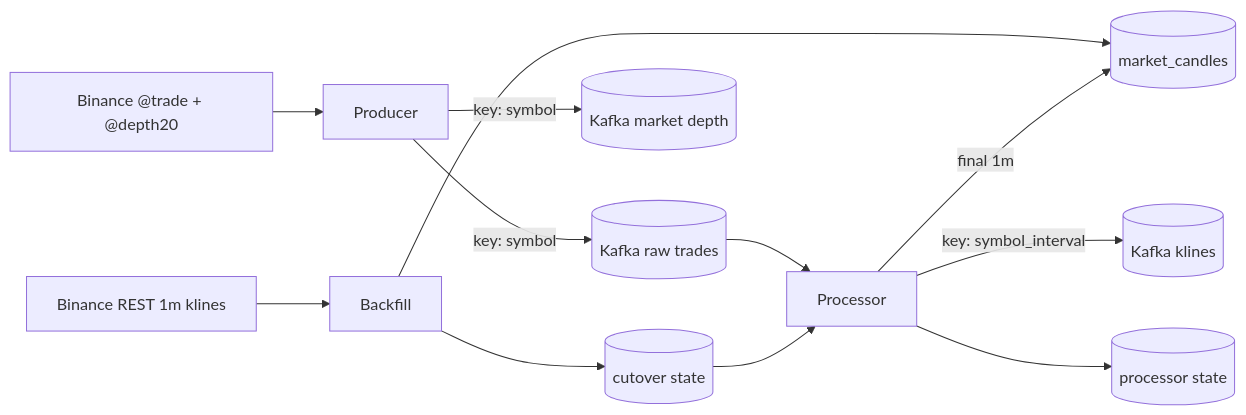
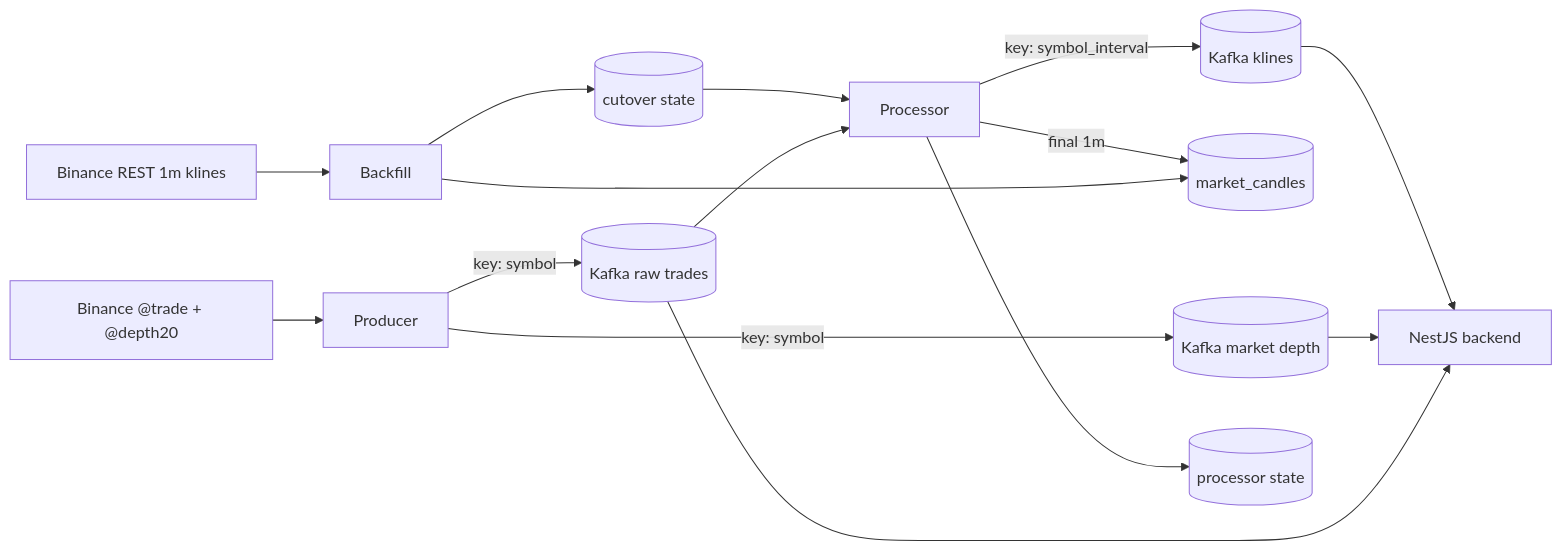
The diagram in data_pipeline/README.md (Zane-Theodore/NexTick), drawn with Mermaid before and after one commit. The commit also changed other lines of this file and 3 other files, not shown here.

````diff
--- a/data_pipeline/README.md
+++ b/data_pipeline/README.md
@@ -36,14 +37,17 @@
 ```mermaid
 flowchart LR
   BinanceWS["Binance @trade + @depth20"] --> Producer
   Producer -->|"key: symbol"| Trades[("Kafka raw trades")]
   Producer -->|"key: symbol"| Depth[("Kafka market depth")]
   Trades --> Processor
+  Trades --> Backend["NestJS backend"]
+  Depth --> Backend
   BinanceREST["Binance REST 1m klines"] --> Backfill
   Backfill --> QuestDB[("market_candles")]
   Backfill --> Cutover[("cutover state")]
   Cutover --> Processor
   Processor -->|"final 1m"| QuestDB
   Processor -->|"key: symbol_interval"| Klines[("Kafka klines")]
+  Klines --> Backend
   Processor --> Recovery[("processor state")]
 ```
````
